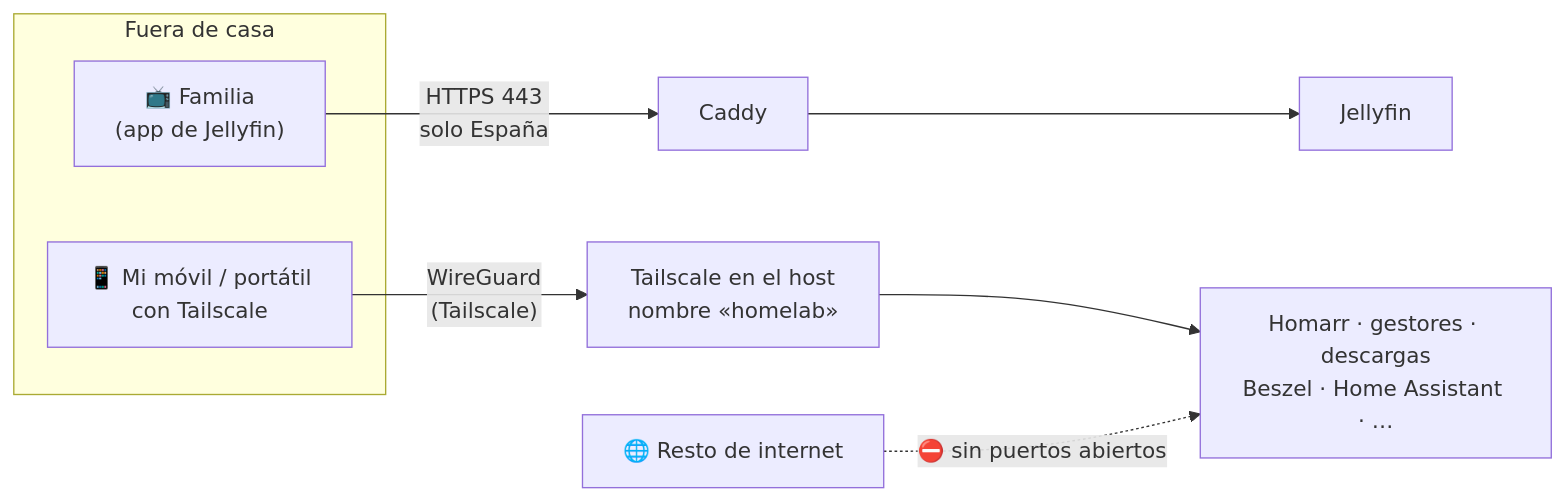
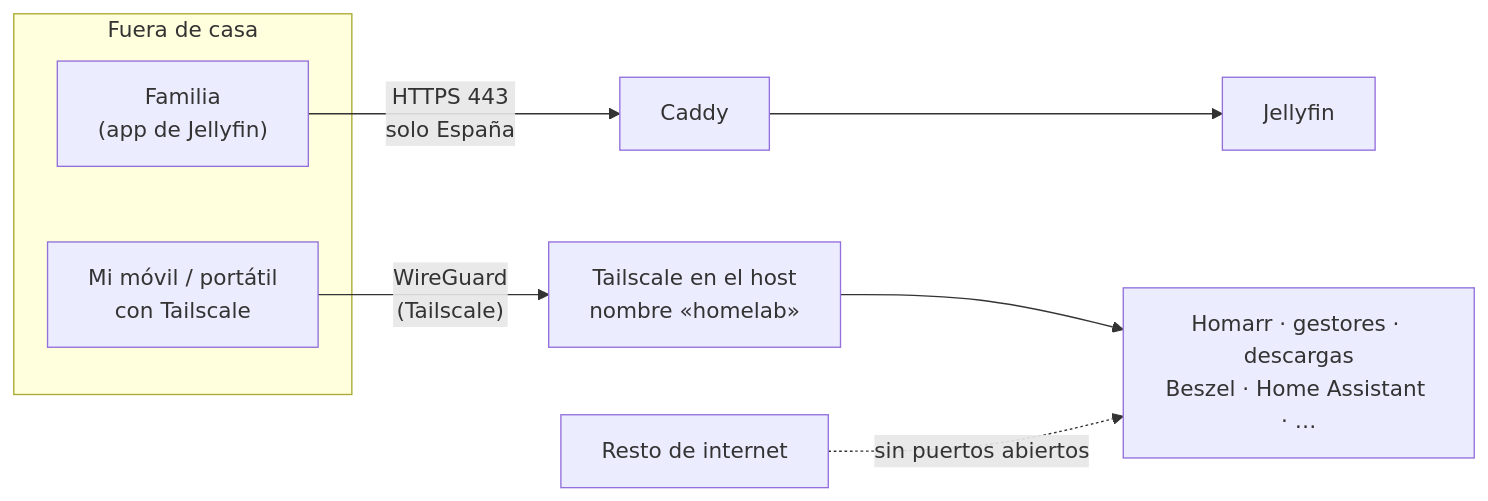
One commit to m0uwastaken/homelab changed the first of 2 diagrams in docs/09-acceso-privado-tailscale.md. Above: the diagram before and after it, drawn with Mermaid. The commit also changed 8 other files, not shown here.

First line of the commit message:
Actualiza el diagrama de red con el switch y quita los emojis de los diagramas

````diff
--- a/docs/09-acceso-privado-tailscale.md
+++ b/docs/09-acceso-privado-tailscale.md
@@ -12,11 +12,11 @@
 ```mermaid
 flowchart LR
     subgraph FUERA["Fuera de casa"]
-        TV["📺 Familia<br/>(app de Jellyfin)"]
-        MOV["📱 Mi móvil / portátil<br/>con Tailscale"]
+        TV["Familia<br/>(app de Jellyfin)"]
+        MOV["Mi móvil / portátil<br/>con Tailscale"]
     end
     TV -->|"HTTPS 443<br/>solo España"| CADDY["Caddy"] --> JF["Jellyfin"]
     MOV -->|"WireGuard<br/>(Tailscale)"| TS["Tailscale en el host<br/>nombre «homelab»"]
     TS --> APPS["Homarr · gestores · descargas<br/>Beszel · Home Assistant · …"]
-    X["🌐 Resto de internet"] -.->|"⛔ sin puertos abiertos"| APPS
+    X["Resto de internet"] -.->|"sin puertos abiertos"| APPS
 ```
````
